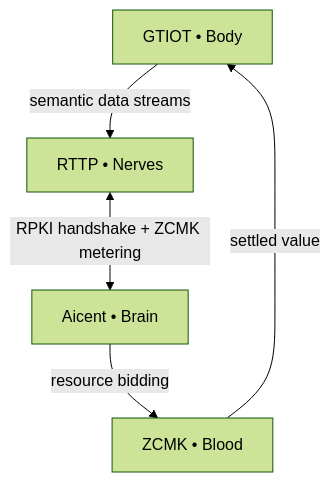
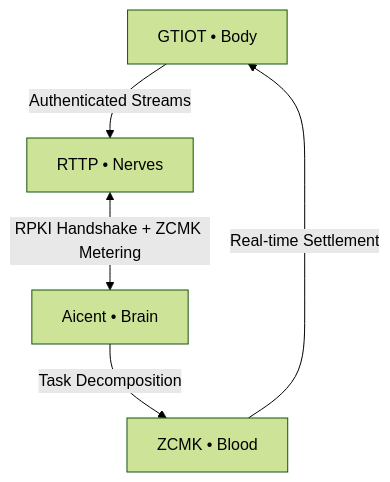
Before and after one commit to Aicent-Stack/aicent-stack: the diagram in README.md, drawn with Mermaid (forest theme). The commit also changed other lines of this file, not shown here.

````diff
--- a/README.md
+++ b/README.md
@@ -54,7 +75,7 @@
 ```mermaid
 graph TD
-    G[GTIOT • Body] -->|semantic data streams| R[RTTP • Nerves]
-    R <-->|RPKI handshake + ZCMK metering| A[Aicent • Brain]
-    A -->|resource bidding| Z[ZCMK • Blood]
-    Z -->|settled value| G
+    G[GTIOT • Body] -->|Authenticated Streams| R[RTTP • Nerves]
+    R <-->|RPKI Handshake + ZCMK Metering| A[Aicent • Brain]
+    A -->|Task Decomposition| Z[ZCMK • Blood]
+    Z -->|Real-time Settlement| G
 ```
````
